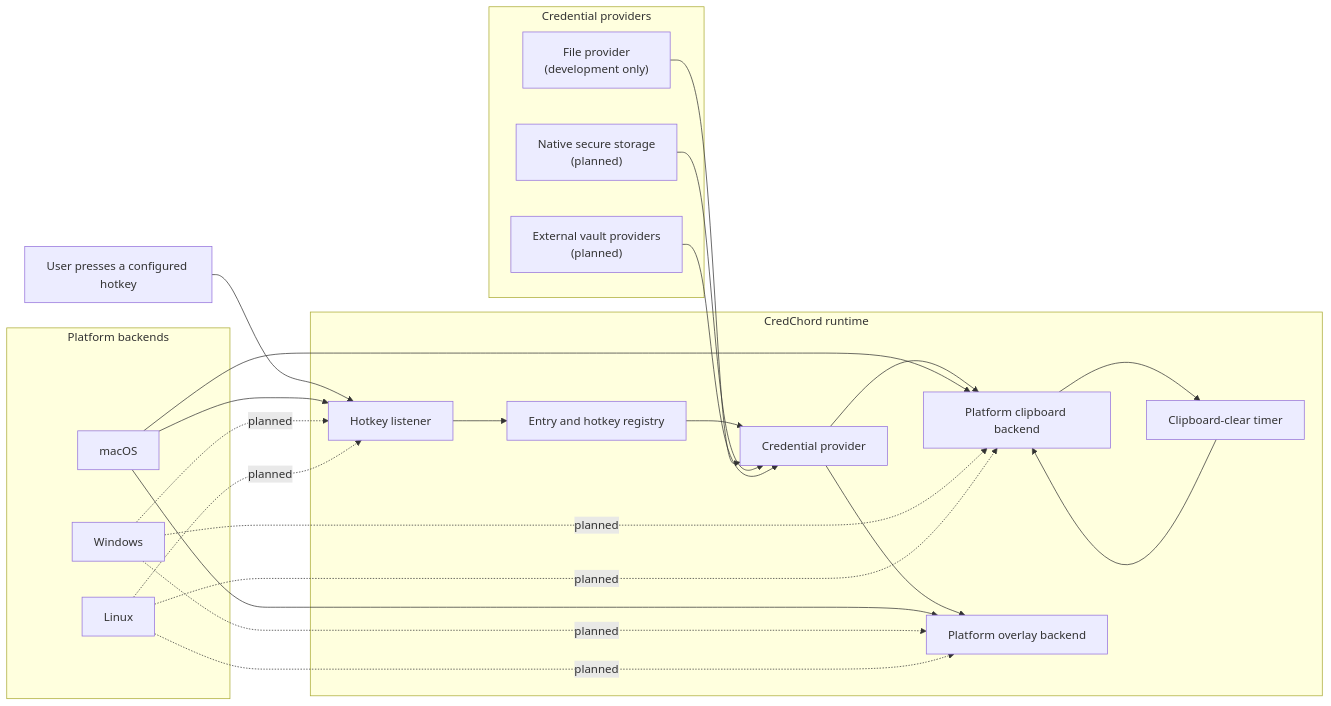
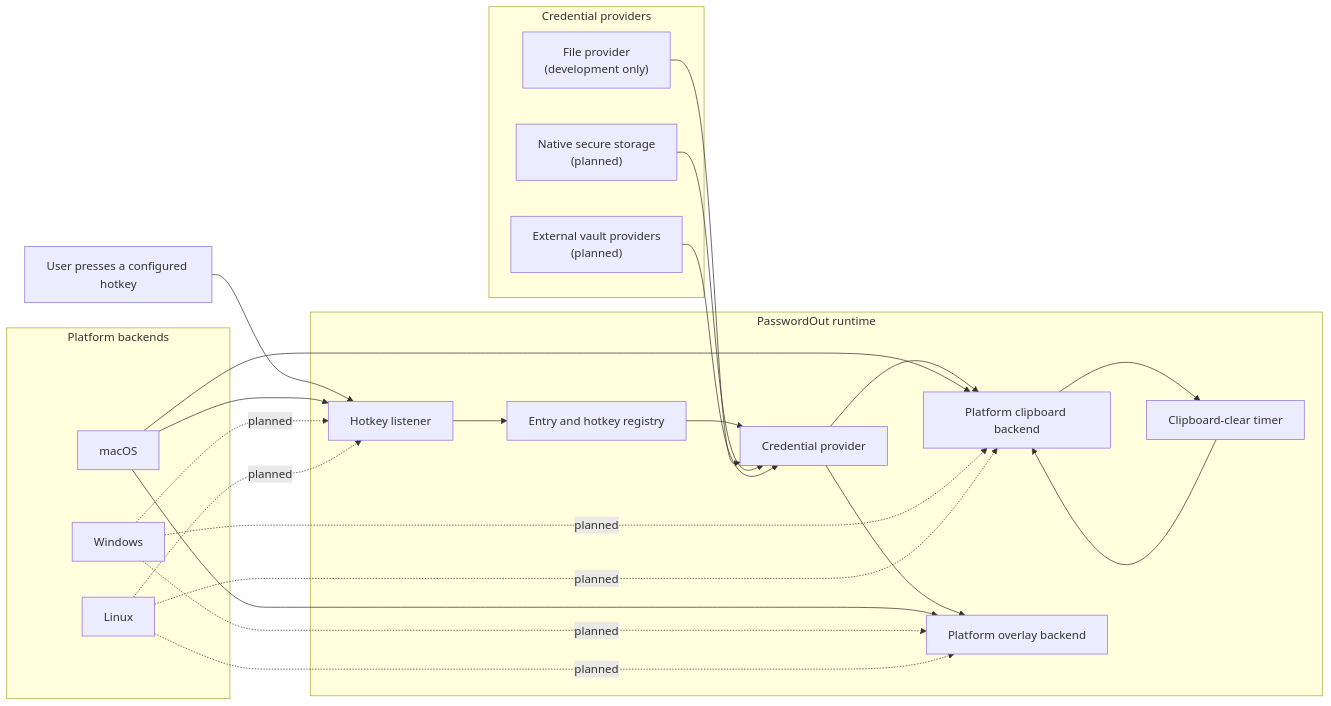
The first of 2 diagrams in README.md (tobymoreno/password-out), drawn with Mermaid before and after one commit. The commit also changed other lines of this file and 11 other files, not shown here.

Commit message:
Rename CredChord to PasswordOut

````diff
--- a/README.md
+++ b/README.md
@@ -72,50 +72,50 @@
 ```mermaid
 flowchart LR
     User["User presses a configured hotkey"]
 
-    subgraph Runtime["CredChord runtime"]
+    subgraph Runtime["PasswordOut runtime"]
         Listener["Hotkey listener"]
         Registry["Entry and hotkey registry"]
         Provider["Credential provider"]
         Clipboard["Platform clipboard backend"]
         Overlay["Platform overlay backend"]
         Timer["Clipboard-clear timer"]
     end
 
     subgraph Providers["Credential providers"]
         File["File provider<br/>(development only)"]
         Native["Native secure storage<br/>(planned)"]
         External["External vault providers<br/>(planned)"]
     end
 
     subgraph Platforms["Platform backends"]
         Mac["macOS"]
         Win["Windows"]
         Linux["Linux"]
     end
 
     User --> Listener
     Listener --> Registry
     Registry --> Provider
 
     File --> Provider
     Native --> Provider
     External --> Provider
 
     Provider --> Clipboard
     Provider --> Overlay
     Clipboard --> Timer
     Timer --> Clipboard
 
     Mac --> Listener
     Mac --> Clipboard
     Mac --> Overlay
 
     Win -. planned .-> Listener
     Win -. planned .-> Clipboard
     Win -. planned .-> Overlay
 
     Linux -. planned .-> Listener
     Linux -. planned .-> Clipboard
     Linux -. planned .-> Overlay
 ```
````
